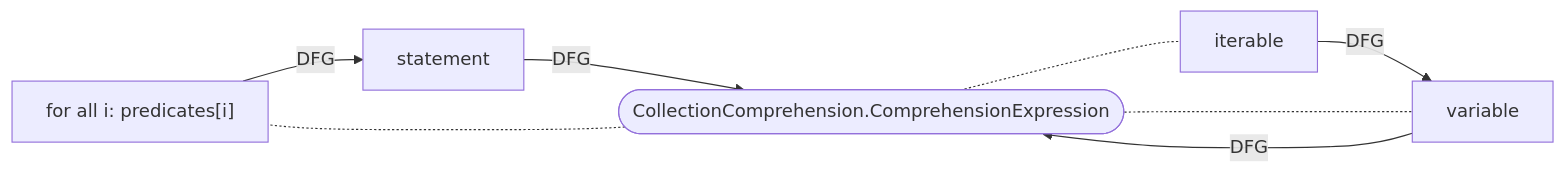
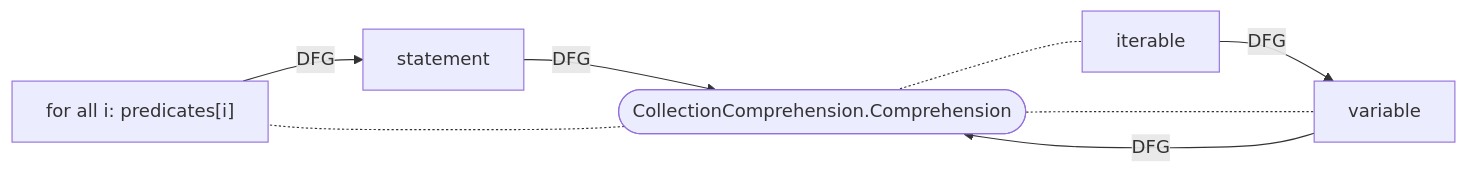
Diagram 13 of 40 in docs/docs/CPG/specs/dfg.md (Fraunhofer-AISEC/cpg), drawn with Mermaid before and after one commit. The commit also changed other lines of this file and 403 other files, not shown here.

````diff
--- a/docs/docs/CPG/specs/dfg.md
+++ b/docs/docs/CPG/specs/dfg.md
@@ -238,9 +238,9 @@
 ```mermaid
   flowchart LR
-    pred["for all i: predicates[i]"]  -- DFG --> stmt["statement"] -- DFG --> node([CollectionComprehension.ComprehensionExpression]);
+    pred["for all i: predicates[i]"]  -- DFG --> stmt["statement"] -- DFG --> node([CollectionComprehension.Comprehension]);
     iterable["iterable"] -- DFG --> var["variable"];
     var -- DFG --> node;
     node -.- pred;
     node -.- var;
     node -.- iterable;
 ```
````
